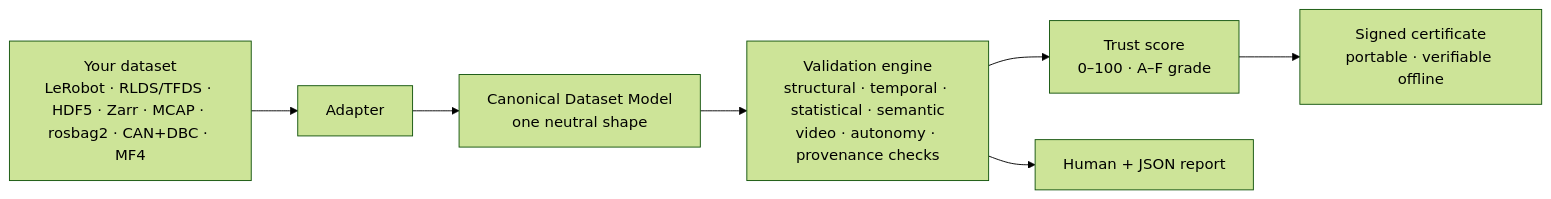
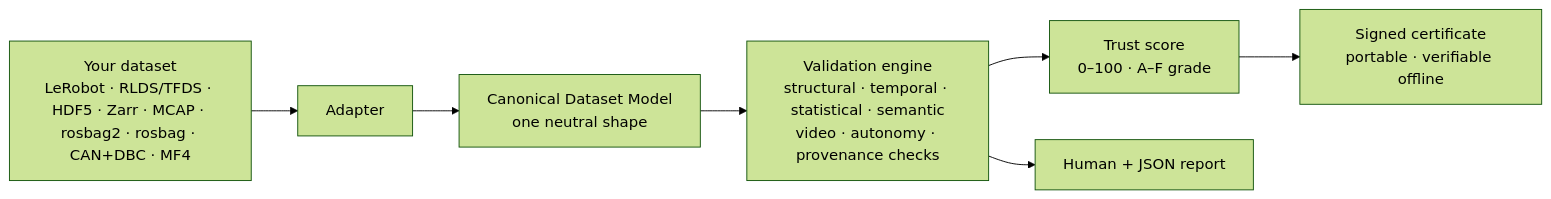
The first of 2 diagrams in README.md (clay-good/veridex), drawn with Mermaid (forest theme) before and after one commit. The commit also changed other lines of this file and 9 other files, not shown here.

````diff
--- a/README.md
+++ b/README.md
@@ -97,9 +98,9 @@
 ```mermaid
 flowchart LR
-    A[Your dataset<br/>LeRobot · RLDS/TFDS · HDF5 · Zarr · MCAP · rosbag2 · CAN+DBC · MF4] --> B[Adapter]
+    A[Your dataset<br/>LeRobot · RLDS/TFDS · HDF5 · Zarr · MCAP · rosbag2 · rosbag · CAN+DBC · MF4] --> B[Adapter]
     B --> C[Canonical Dataset Model<br/>one neutral shape]
     C --> D[Validation engine<br/>structural · temporal · statistical · semantic<br/>video · autonomy · provenance checks]
     D --> E[Trust score<br/>0–100 · A–F grade]
     E --> F[Signed certificate<br/>portable · verifiable offline]
     D --> G[Human + JSON report]
 ```
````
